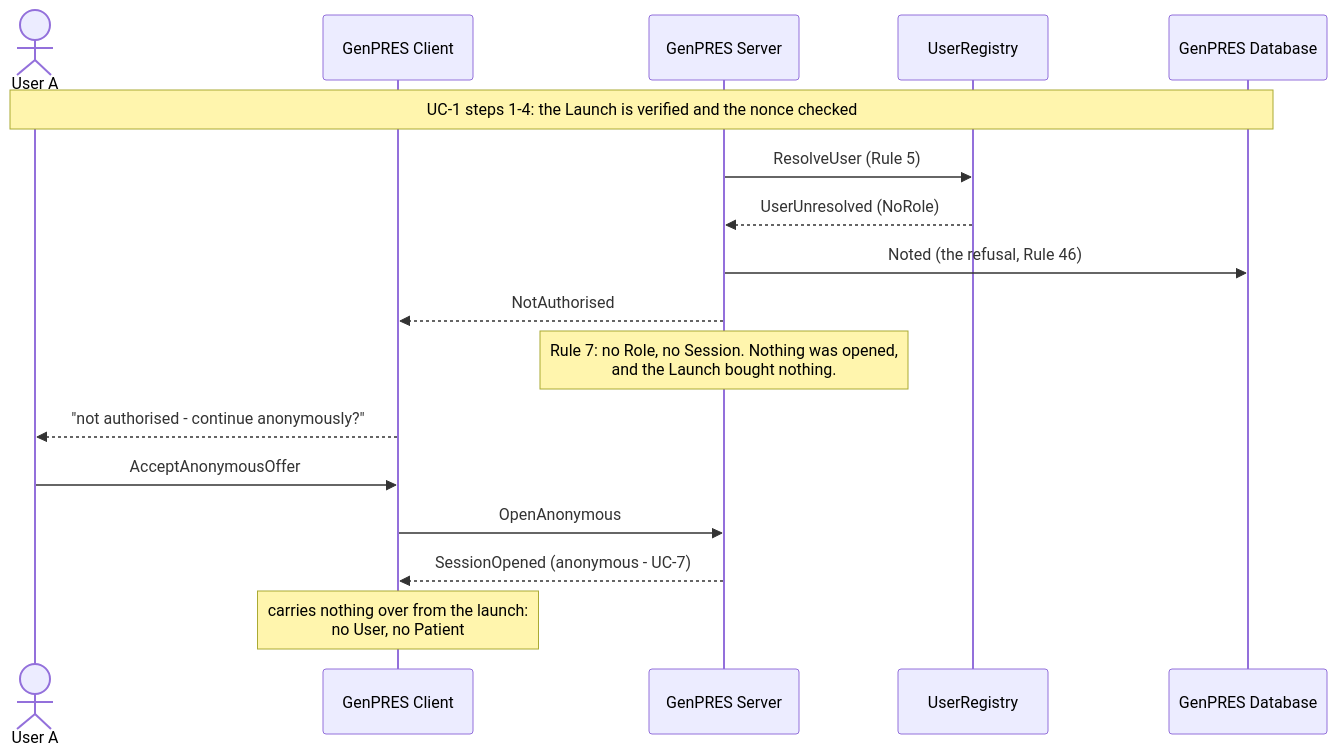
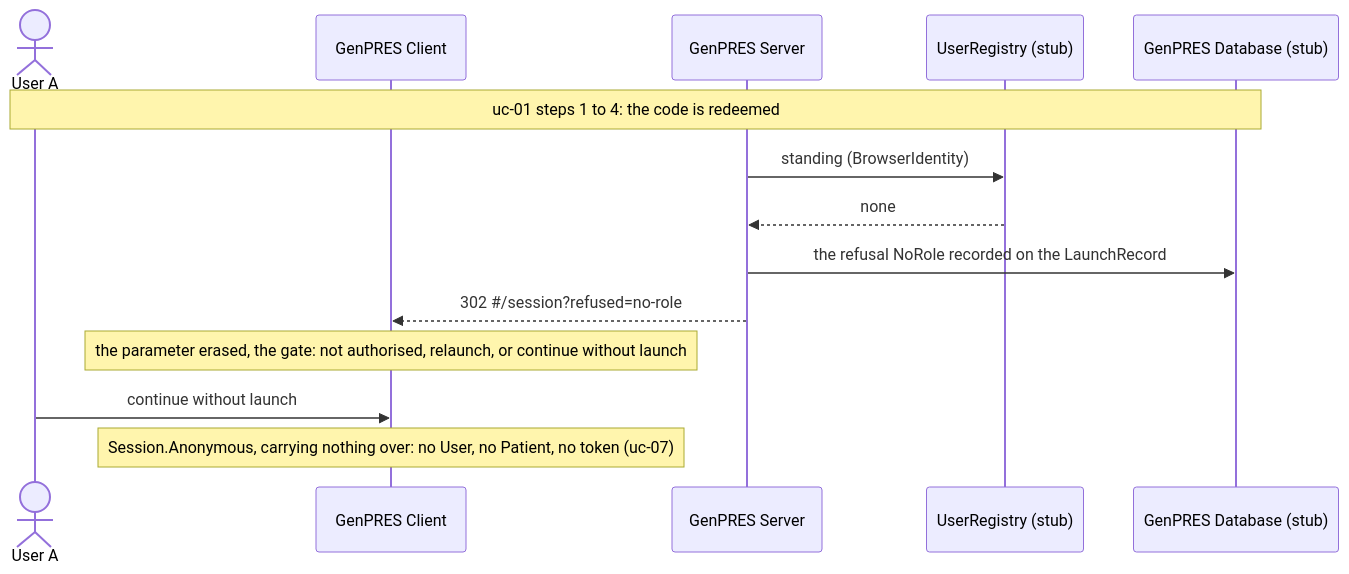
Before and after one commit to informedica/GenPRES: the first of 2 diagrams in docs/scenarios/integration/uc-11-authority-withdrawn.md, drawn with Mermaid. The commit also changed other lines of this file and 13 other files, not shown here.

````diff
--- a/docs/scenarios/integration/uc-11-authority-withdrawn.md
+++ b/docs/scenarios/integration/uc-11-authority-withdrawn.md
@@ -8,22 +9,19 @@
 ```mermaid
 sequenceDiagram
     actor A as User A
     participant C as GenPRES Client
     participant S as GenPRES Server
-    participant R as UserRegistry
-    participant D as GenPRES Database
+    participant R as UserRegistry (stub)
+    participant D as GenPRES Database (stub)
 
-    Note over A,D: UC-1 steps 1-4: the Launch is verified and the nonce checked
+    Note over A,D: uc-01 steps 1 to 4: the code is redeemed
 
-    S->>R: ResolveUser (Rule 5)
-    R-->>S: UserUnresolved (NoRole)
-    S->>D: Noted (the refusal, Rule 46)
-    S-->>C: NotAuthorised
-    Note over S: Rule 7: no Role, no Session. Nothing was opened,<br/>and the Launch bought nothing.
+    S->>R: standing (BrowserIdentity)
+    R-->>S: none
+    S->>D: the refusal NoRole recorded on the LaunchRecord
+    S-->>C: 302 #35;/session?refused=no-role
+    Note over C: the parameter erased, the gate: not authorised, relaunch, or continue without launch
 
-    C-->>A: "not authorised - continue anonymously?"
-    A->>C: AcceptAnonymousOffer
-    C->>S: OpenAnonymous
-    S-->>C: SessionOpened (anonymous - UC-7)
-    Note over C: carries nothing over from the launch:<br/>no User, no Patient
+    A->>C: continue without launch
+    Note over C: Session.Anonymous, carrying nothing over: no User, no Patient, no token (uc-07)
 ```
````
